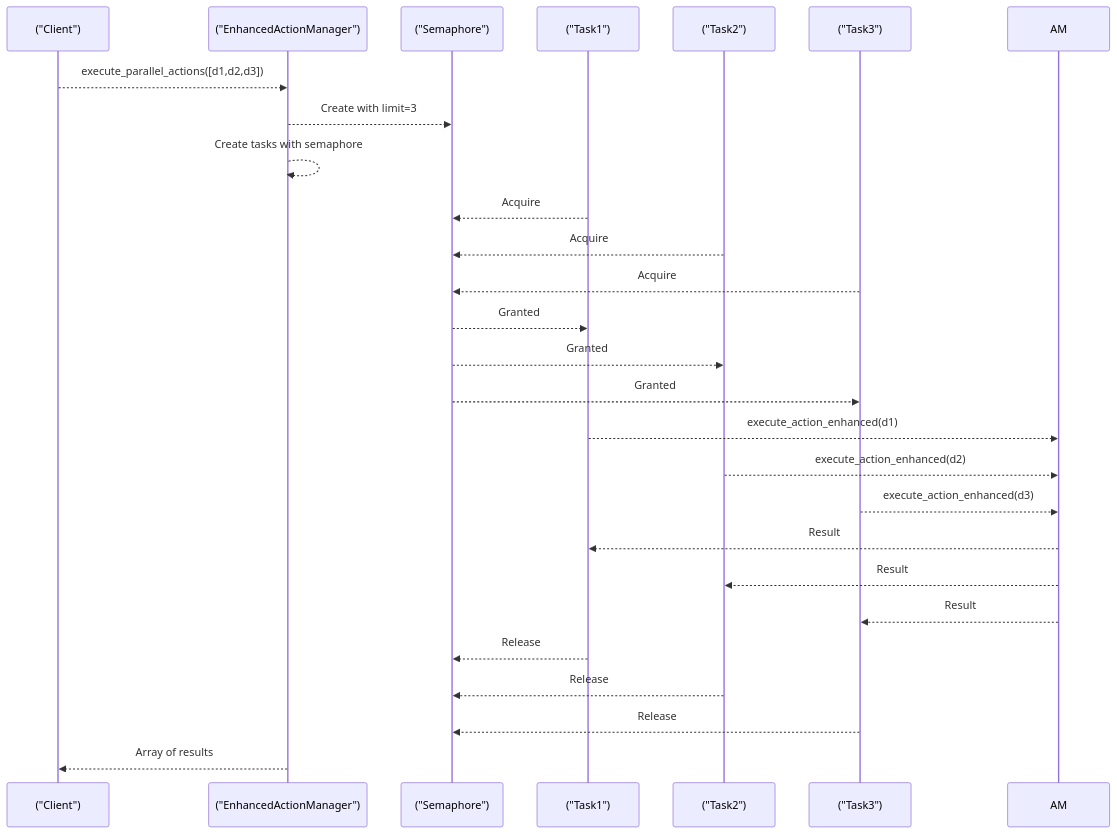
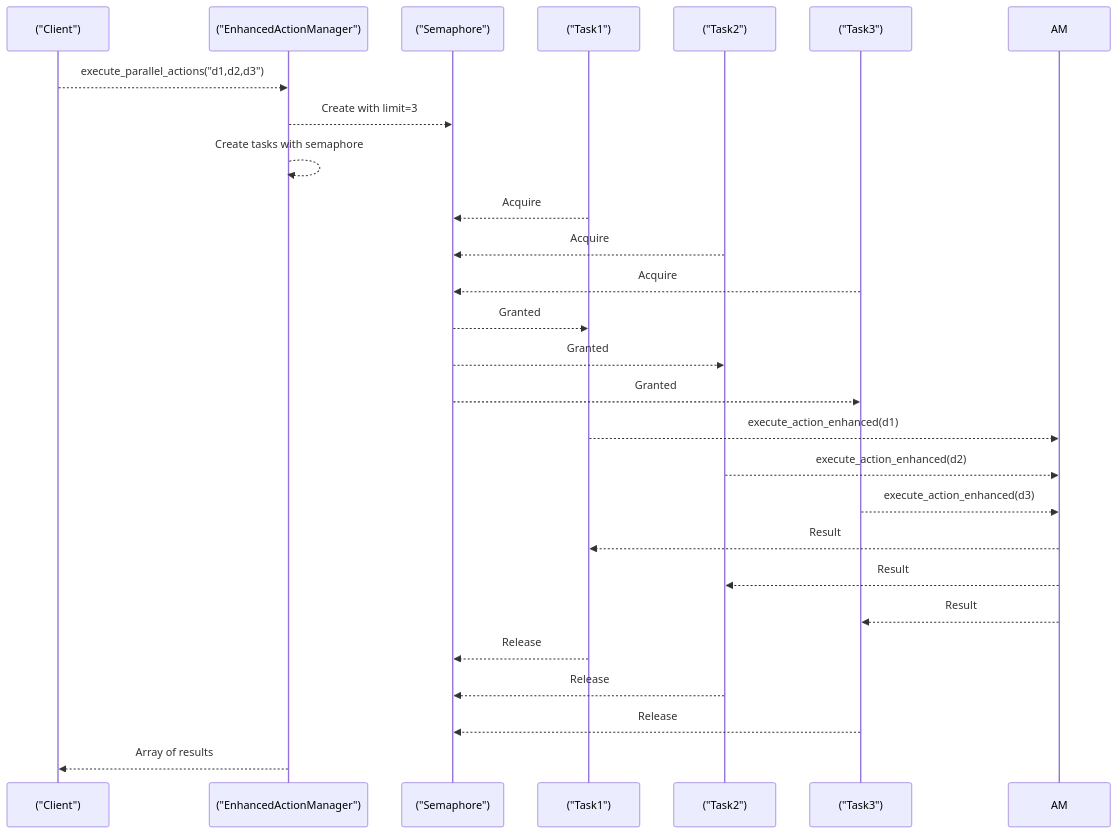
Before and after one commit to Likhithsai2580/RAVANA-WIKI: the eighth of 8 diagrams in docs/Action System/Action Manager.md, drawn with Mermaid. The commit also changed 31 other files, not shown here.

First line of the commit message:
Fix(docs): Correct Mermaid diagram syntax

````diff
--- a/docs/Action System/Action Manager.md
+++ b/docs/Action System/Action Manager.md
@@ -310,28 +310,28 @@
 ```mermaid
 sequenceDiagram
 participant Client as ("Client")
 participant EAM as ("EnhancedActionManager")
 participant Semaphore as ("Semaphore")
 participant Task1 as ("Task1")
 participant Task2 as ("Task2")
 participant Task3 as ("Task3")
-Client-->>EAM : execute_parallel_actions([d1,d2,d3])
+Client-->>EAM : execute_parallel_actions("d1,d2,d3")
 EAM-->>Semaphore : Create with limit=3
 EAM-->>EAM : Create tasks with semaphore
 Task1-->>Semaphore : Acquire
 Task2-->>Semaphore : Acquire
 Task3-->>Semaphore : Acquire
 Semaphore-->>Task1 : Granted
 Semaphore-->>Task2 : Granted
 Semaphore-->>Task3 : Granted
 Task1-->>AM : execute_action_enhanced(d1)
 Task2-->>AM : execute_action_enhanced(d2)
 Task3-->>AM : execute_action_enhanced(d3)
 AM-->>Task1 : Result
 AM-->>Task2 : Result
 AM-->>Task3 : Result
 Task1-->>Semaphore : Release
 Task2-->>Semaphore : Release
 Task3-->>Semaphore : Release
 EAM-->>Client : Array of results
 ```
````
